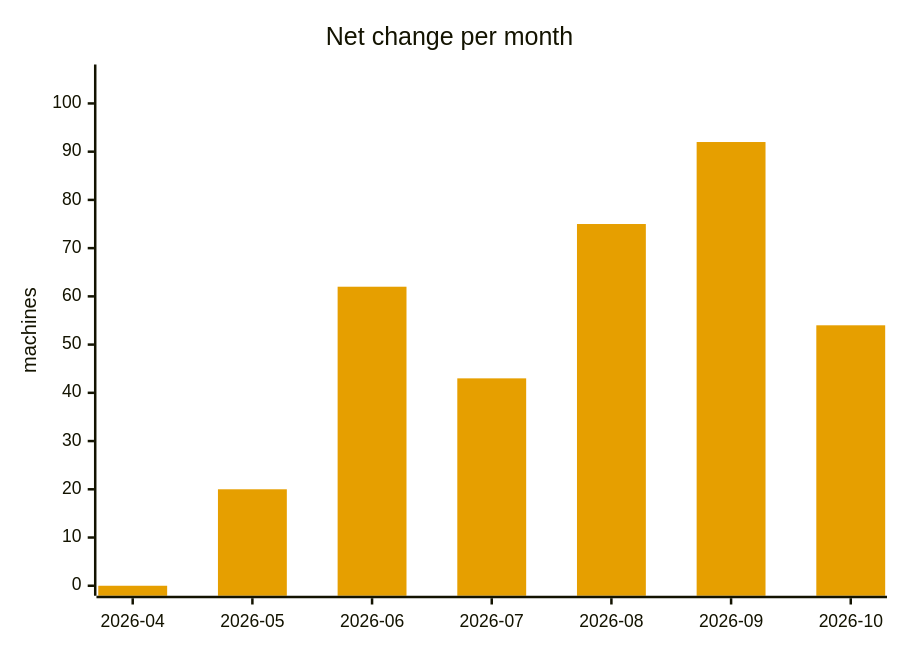
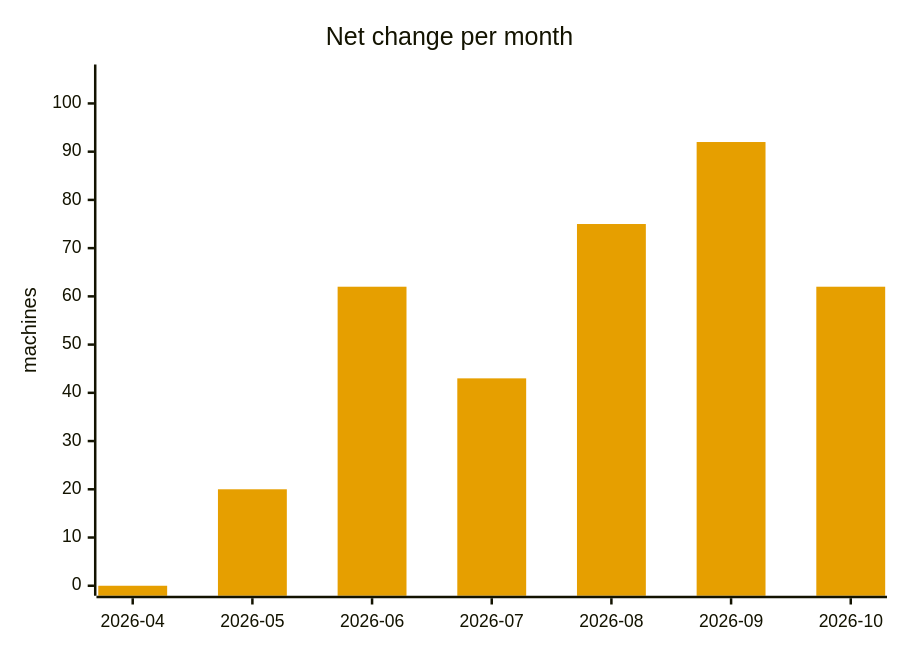
One commit to cheeaun/returnright-data changed the fifth of 5 diagrams in ANALYSIS.md. Above: the diagram before and after it, drawn with Mermaid. The commit also changed other lines of this file and 4 other files, not shown here.

````diff
--- a/ANALYSIS.md
+++ b/ANALYSIS.md
@@ -263,13 +263,13 @@
 ```mermaid
 ---
 config:
   themeVariables:
     xyChart:
       plotColorPalette: "#E69F00"
 ---
 xychart-beta
     title "Net change per month"
     x-axis ["2026-04", "2026-05", "2026-06", "2026-07", "2026-08", "2026-09", "2026-10"]
     y-axis "machines" 0 --> 106
-    bar [0, 20, 62, 43, 75, 92, 54]
+    bar [0, 20, 62, 43, 75, 92, 62]
 ```
````
